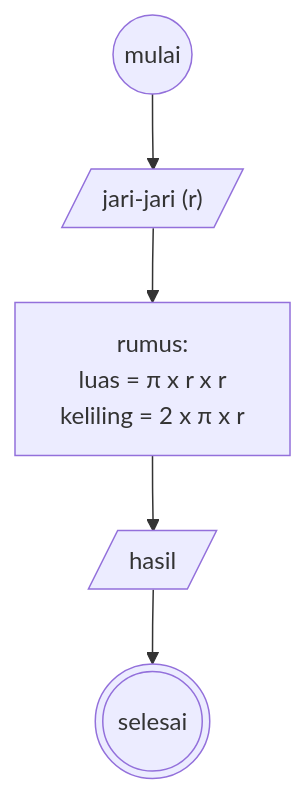
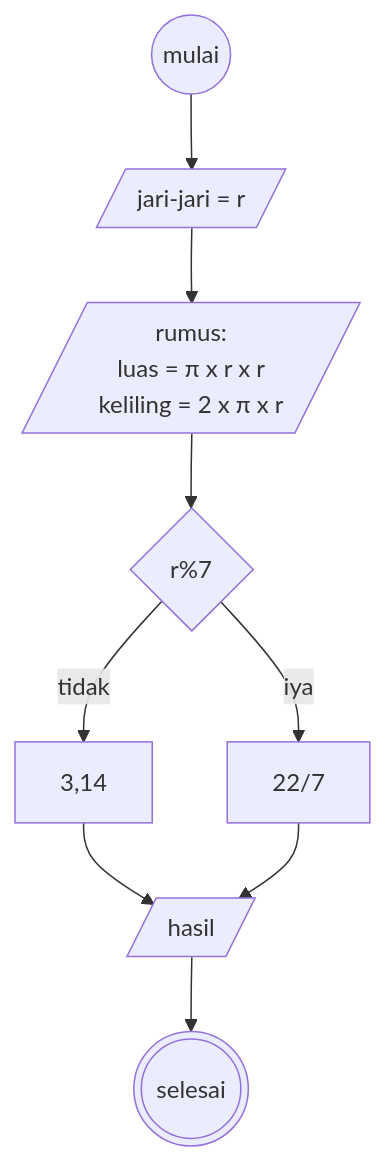
Before and after one commit to abdullah-fikri/koda-b4-algoritma: the diagram in minitask5.md, drawn with Mermaid.

````diff
--- a/minitask5.md
+++ b/minitask5.md
@@ -3,12 +3,16 @@
 ```mermaid
 flowchart TD
 A@{ shape: circle, label: "mulai"} -->
-B@{ shape: lean-r, label: "jari-jari (r)"} --> 
-C@{ shape: rect, label: "rumus: 
+B@{ shape: lean-r, label: "jari-jari = r"} --> 
+C@{ shape: lean-r, label: "rumus: 
 luas = π x r x r 
  keliling = 2 x π x r"} -->
+D@{ shape: diamond, label: "r%7"} --iya--> E
+D --tidak--> H@{ shape: rect, label: "3,14"}
+H --> G
+E@{ shape: rect, label: "22/7"} -->
 G@{ shape: lean-r, label: "hasil"} -->
 F@{ shape: dbl-circ, label: "selesai"}
 
 
 ```
````
